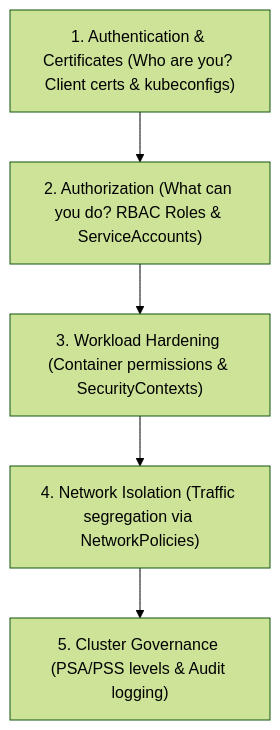
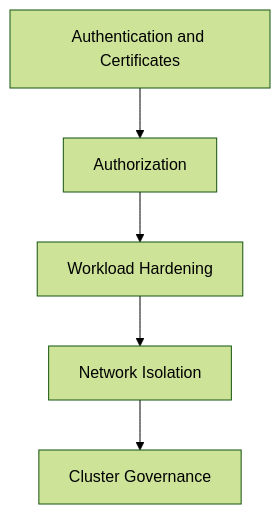
The first of 3 diagrams in Reference Notes/08_security_and_network_policies.md (kmashour/BrainDump), drawn with Mermaid (forest theme) before and after one commit. The commit also changed 15 other files, not shown here.

Commit message:
docs: simplify cognitive map mermaid syntax for general compatibility

````diff
--- a/Reference Notes/08_security_and_network_policies.md
+++ b/Reference Notes/08_security_and_network_policies.md
@@ -11,7 +11,7 @@
 ```mermaid
 graph TD
-    A["1. Authentication & Certificates (Who are you? Client certs & kubeconfigs)"] --> B["2. Authorization (What can you do? RBAC Roles & ServiceAccounts)"]
-    B --> C["3. Workload Hardening (Container permissions & SecurityContexts)"]
-    C --> D["4. Network Isolation (Traffic segregation via NetworkPolicies)"]
-    D --> E["5. Cluster Governance (PSA/PSS levels & Audit logging)"]
+    A["Authentication and Certificates"] --> B["Authorization"]
+    B --> C["Workload Hardening"]
+    C --> D["Network Isolation"]
+    D --> E["Cluster Governance"]
 ```
````
